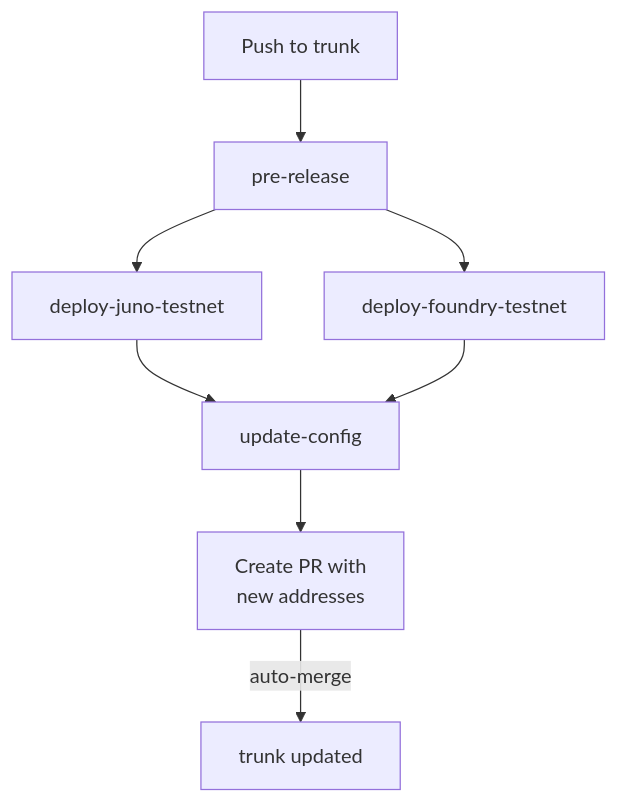
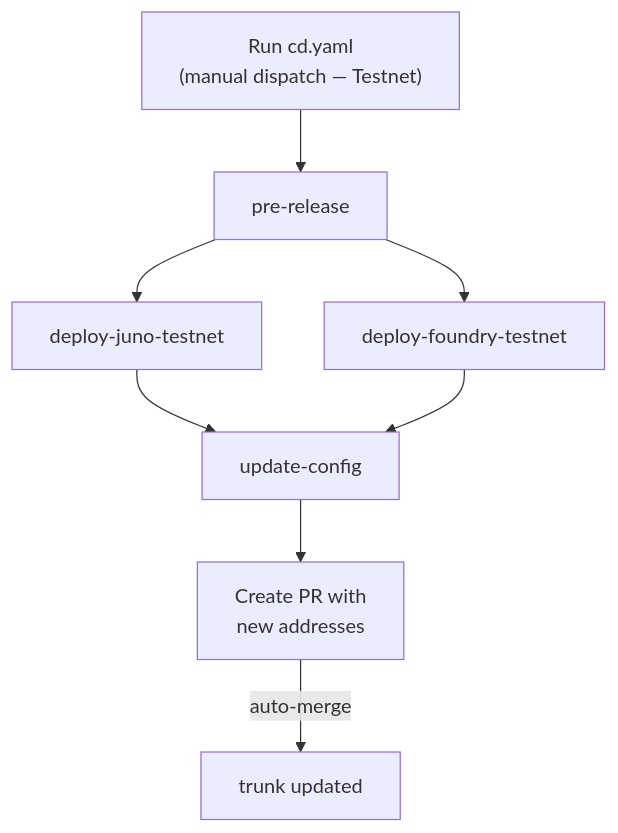
Before and after one commit to tresr-community/tresr-game: the first of 3 diagrams in docs/ci-cd.md, drawn with Mermaid. The commit also changed other lines of this file and 14 other files, not shown here.

````diff
--- a/docs/ci-cd.md
+++ b/docs/ci-cd.md
@@ -23,10 +25,10 @@
 ```mermaid
 graph TD
-    A["Push to trunk"] --> B["pre-release"]
+    A["Run cd.yaml<br/>(manual dispatch — Testnet)"] --> B["pre-release"]
     B --> C["deploy-juno-testnet"]
     B --> D["deploy-foundry-testnet"]
     C --> E["update-config"]
     D --> E
     E --> F["Create PR with</br>new addresses"]
     F -->|"auto-merge"| G["trunk updated"]
 ```
````
